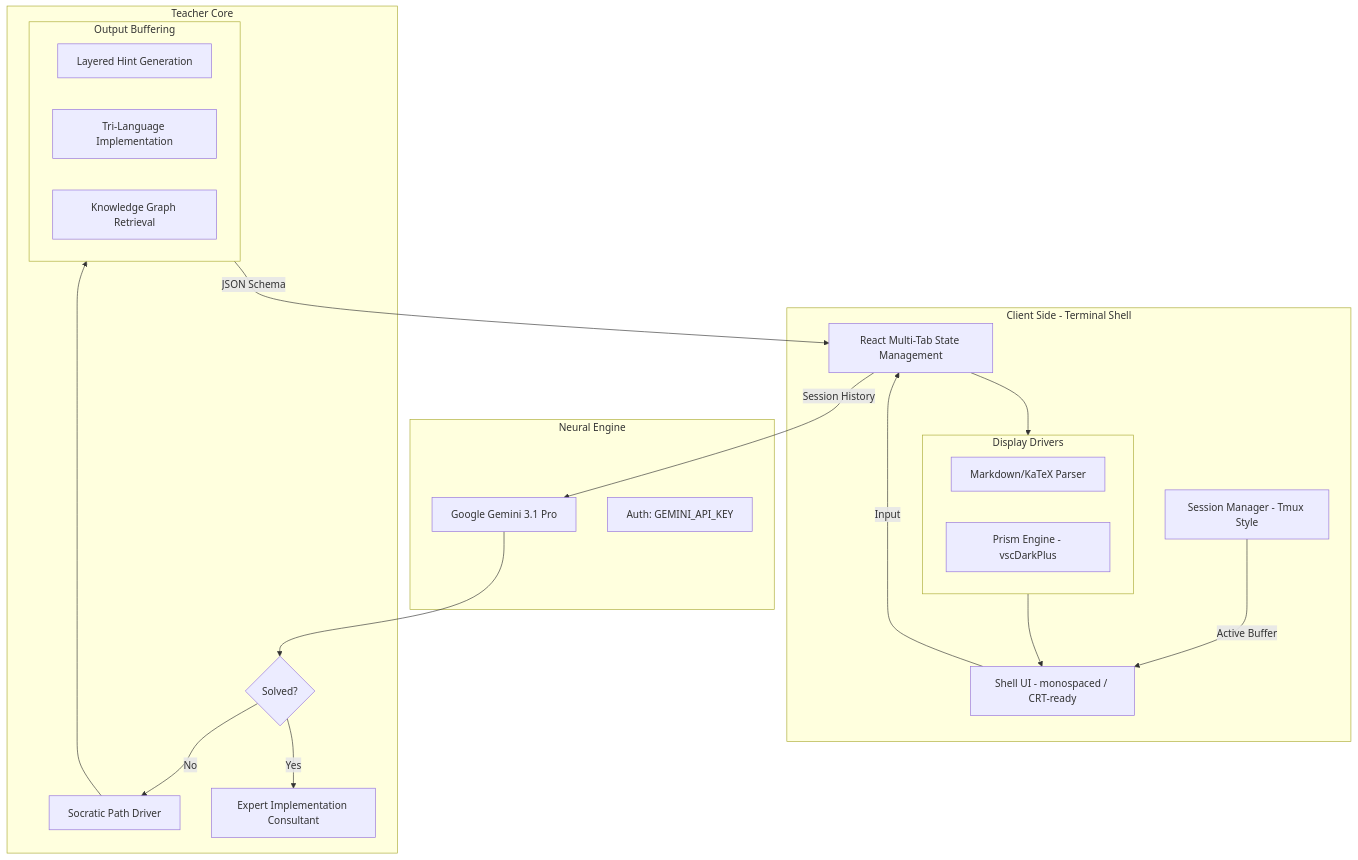
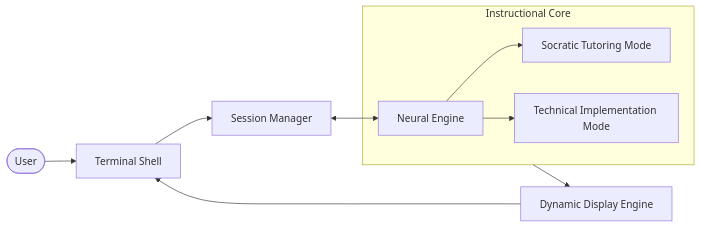
The diagram in README.md (MTE1991/HintFlow), drawn with Mermaid before and after one commit.

Commit message:
feat: Update system architecture diagram
Refactor the README's system architecture diagram to simplify its representation. The new diagram uses a more abstract and concise flow from User to Terminal, Session Manager, AI, and then to the Instructional Core and Rendering Engine, improving readability and clarity.

````diff
--- a/README.md
+++ b/README.md
@@ -83,41 +83,14 @@
 ```mermaid
-graph TB
-    subgraph Client [Client Side - Terminal Shell]
-        UI[Shell UI - monospaced / CRT-ready]
-        Tabs[Session Manager - Tmux Style]
-        State[React Multi-Tab State Management]
-        
-        subgraph Rendering [Display Drivers]
-            Markdown[Markdown/KaTeX Parser]
-            Highlighter[Prism Engine - vscDarkPlus]
-        end
+graph LR
+    User([User]) --> Terminal[Terminal Shell]
+    Terminal --> State[Session Manager]
+    State <--> AI[Neural Engine]
+    
+    subgraph Logic [Instructional Core]
+        AI --> Socratic[Socratic Tutoring Mode]
+        AI --> Expert[Technical Implementation Mode]
     end
-
-    subgraph API [Neural Engine]
-        Gemini[Google Gemini 3.1 Pro]
-        ENV[Auth: GEMINI_API_KEY]
-    end
-
-    subgraph Logic [Teacher Core]
-        ModeCheck{Solved?}
-        Socratic[Socratic Path Driver]
-        Expert[Expert Implementation Consultant]
-        
-        subgraph Pipeline [Output Buffering]
-            GenHints[Layered Hint Generation]
-            GenSol[Tri-Language Implementation]
-            Resources[Knowledge Graph Retrieval]
-        end
-    end
-
-    Tabs -->|Active Buffer| UI
-    UI -->|Input| State
-    State -->|Session History| Gemini
-    Gemini --> ModeCheck
-    ModeCheck -->|No| Socratic
-    ModeCheck -->|Yes| Expert
-    Socratic --> Pipeline
-    Pipeline -->|JSON Schema| State
-    State --> Rendering
-    Rendering --> UI
+    
+    Logic --> Rendering[Dynamic Display Engine]
+    Rendering --> Terminal
 ```
````
